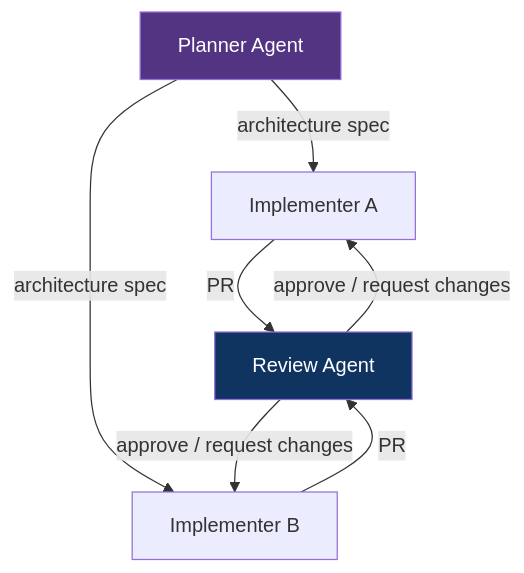
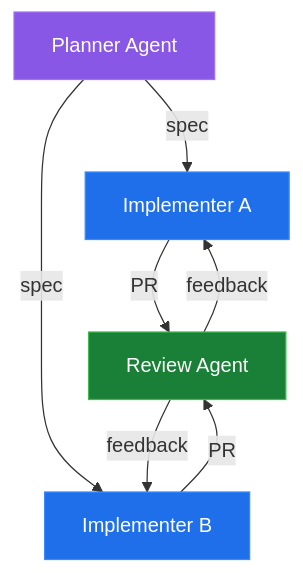
Before and after one commit to artdroz/deep-agents-demo: the sixth of 6 diagrams in ARCHITECTURE.md, drawn with Mermaid. The commit also changed other lines of this file, not shown here.

First line of the commit message:
docs: fix diagram contrast and state diagram parse error

````diff
--- a/ARCHITECTURE.md
+++ b/ARCHITECTURE.md
@@ -198,12 +212,14 @@
 ```mermaid
 graph TB
-    Planner["Planner Agent"] -->|architecture spec| Impl1["Implementer A"]
-    Planner -->|architecture spec| Impl2["Implementer B"]
+    Planner["Planner Agent"] -->|spec| Impl1["Implementer A"]
+    Planner -->|spec| Impl2["Implementer B"]
     Impl1 -->|PR| Reviewer["Review Agent"]
     Impl2 -->|PR| Reviewer
-    Reviewer -->|approve / request changes| Impl1
-    Reviewer -->|approve / request changes| Impl2
+    Reviewer -->|feedback| Impl1
+    Reviewer -->|feedback| Impl2
 
-    style Planner fill:#533483,color:#fff
-    style Reviewer fill:#0f3460,color:#fff
+    style Planner fill:#8957e5,stroke:#a371f7,color:#fff
+    style Impl1 fill:#1f6feb,stroke:#388bfd,color:#fff
+    style Impl2 fill:#1f6feb,stroke:#388bfd,color:#fff
+    style Reviewer fill:#1a7f37,stroke:#3fb950,color:#fff
 ```
````
